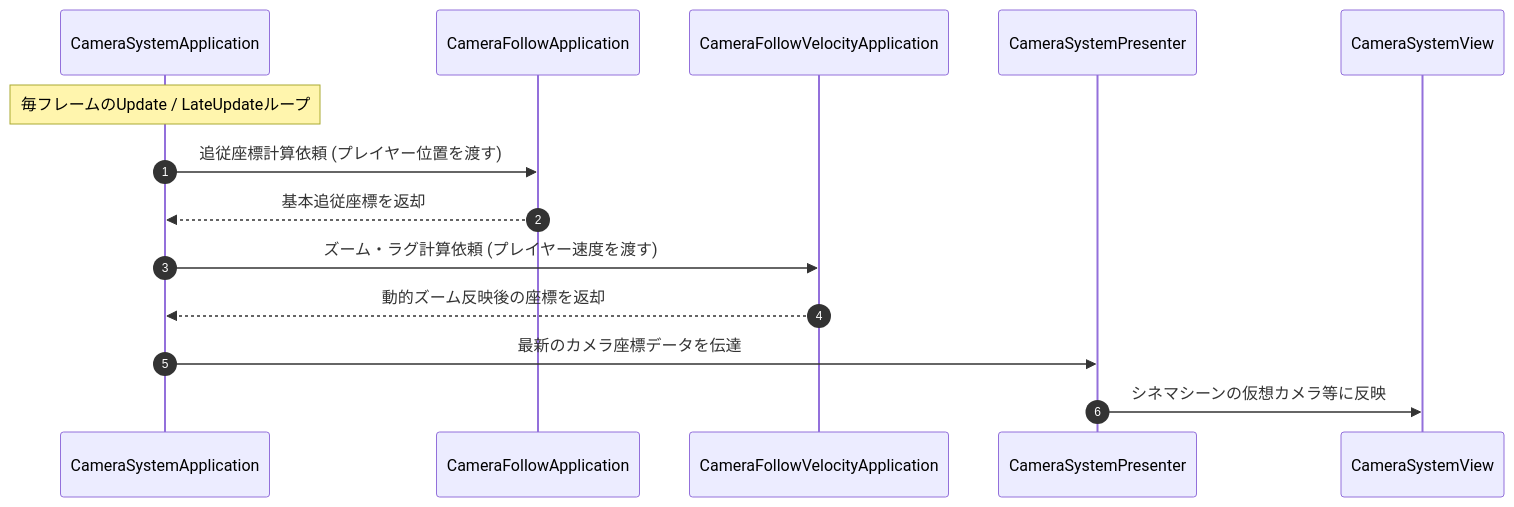
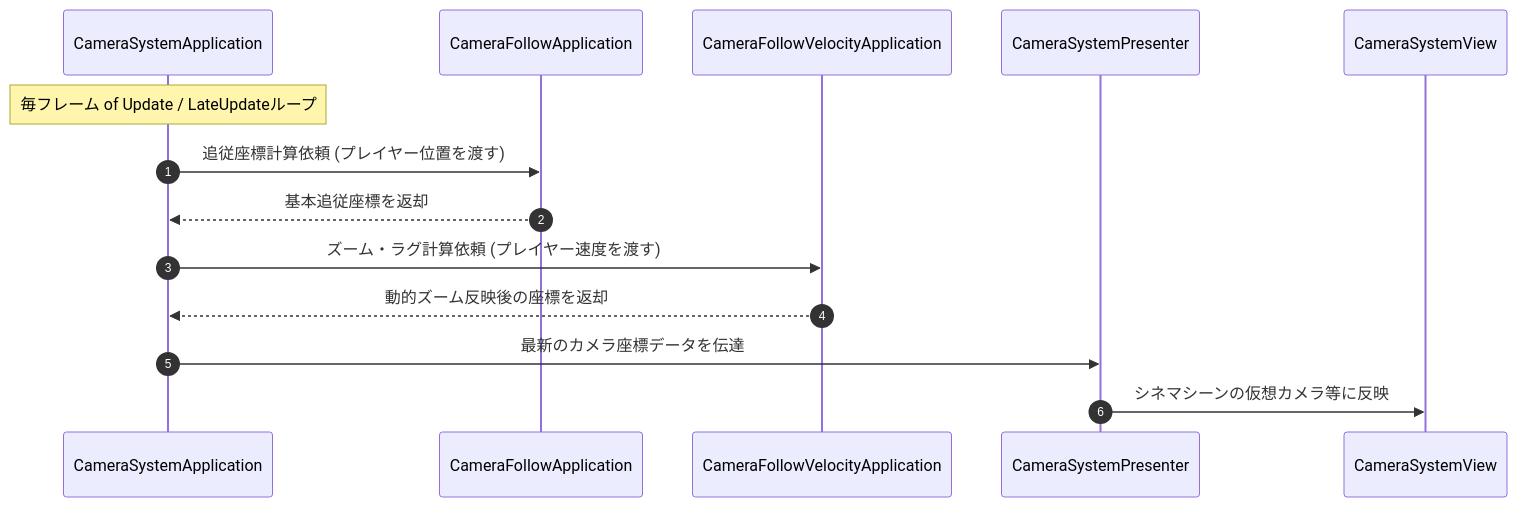
Before and after one commit to HIBIKI5201/SymphonyKillChord: the second of 4 diagrams in Assets/Docs/ScriptsDocs/Modules/NotionModuleDocs/Camera.md, drawn with Mermaid. The commit also changed other lines of this file and 5 other files, not shown here.

````diff
--- a/Assets/Docs/ScriptsDocs/Modules/NotionModuleDocs/Camera.md
+++ b/Assets/Docs/ScriptsDocs/Modules/NotionModuleDocs/Camera.md
@@ -99,17 +118,17 @@
 ```mermaid
 sequenceDiagram
     autonumber
     participant CSApp as CameraSystemApplication
     participant CFA as CameraFollowApplication
     participant CFVA as CameraFollowVelocityApplication
     participant CSPres as CameraSystemPresenter
     participant CSView as CameraSystemView
 
-    Note over CSApp: 毎フレームのUpdate / LateUpdateループ
+    Note over CSApp: 毎フレーム of Update / LateUpdateループ
     CSApp ->> CFA: 追従座標計算依頼 (プレイヤー位置を渡す)
     CFA -->> CSApp: 基本追従座標を返却
     CSApp ->> CFVA: ズーム・ラグ計算依頼 (プレイヤー速度を渡す)
     CFVA -->> CSApp: 動的ズーム反映後の座標を返却
     CSApp ->> CSPres: 最新のカメラ座標データを伝達
     CSPres ->> CSView: シネマシーンの仮想カメラ等に反映
 ```
````
